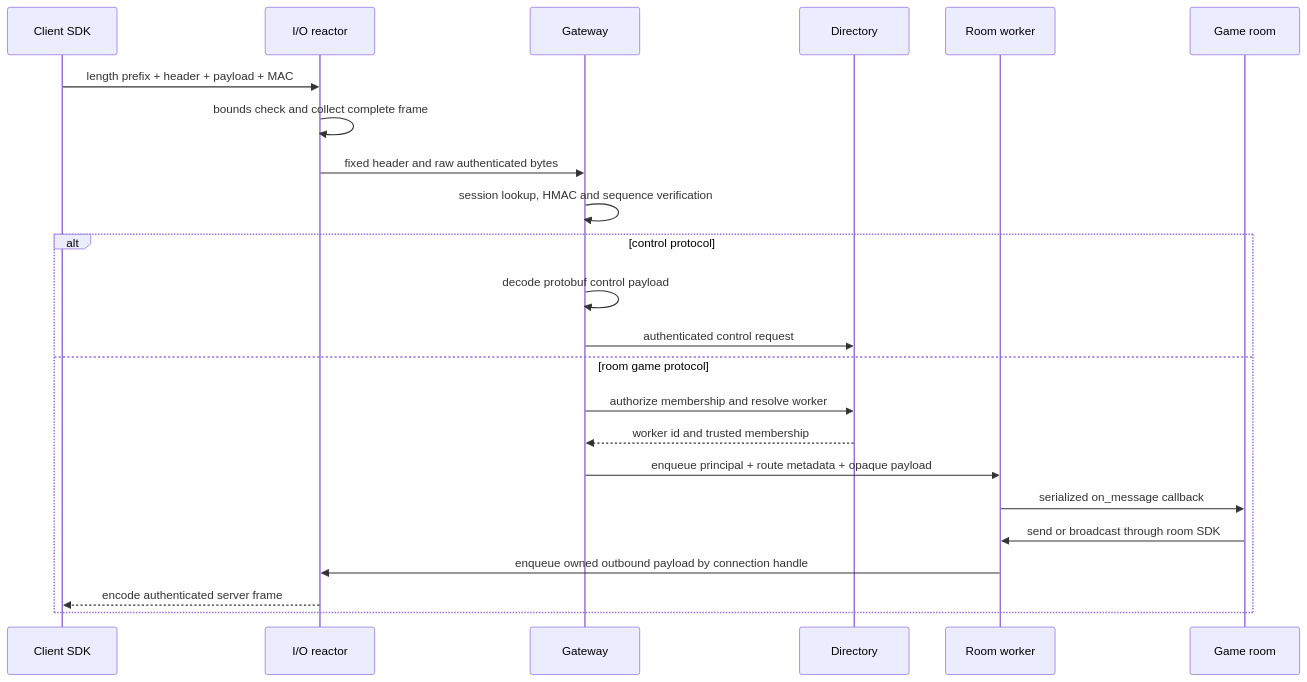
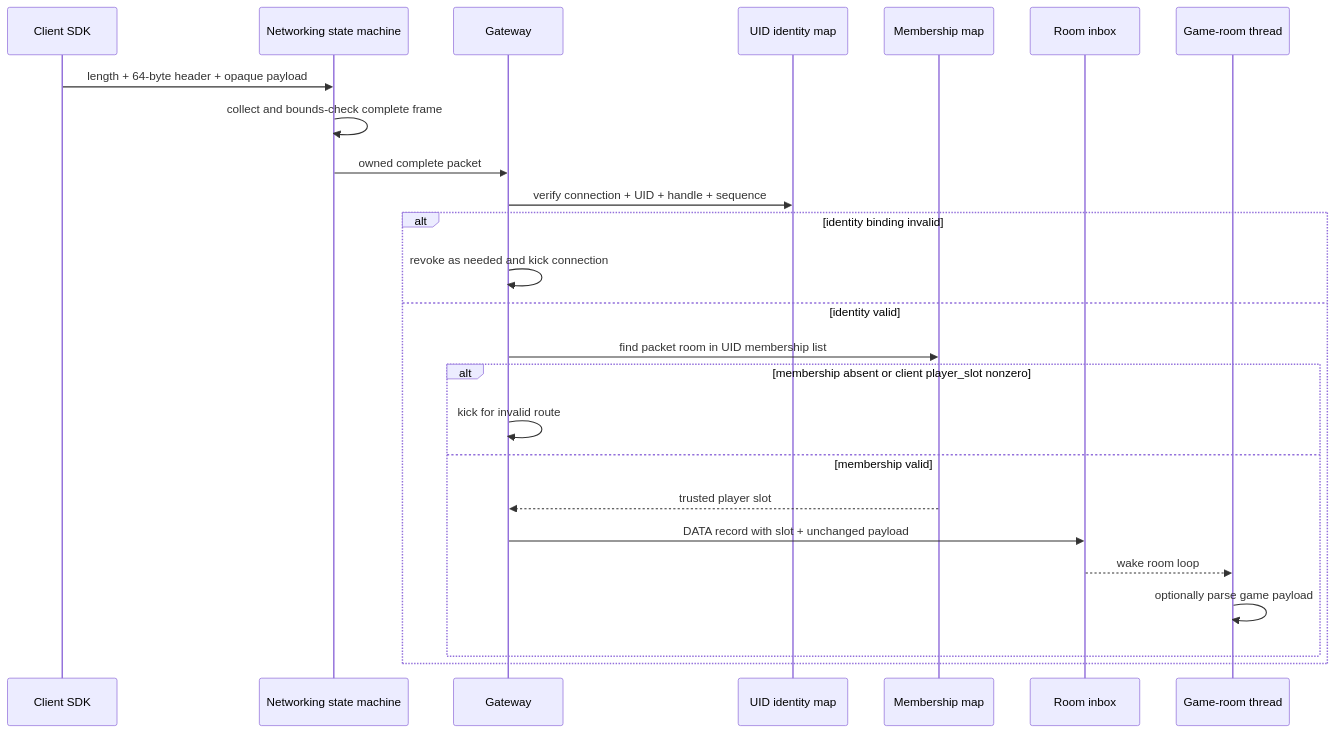
One commit to jeff31415/Tverse changed the second of 5 diagrams in design_drafts/draw_and_guess_c_s/server_arch_and_proto.md. Above: the diagram before and after it, drawn with Mermaid. The commit also changed other lines of this file, not shown here.

Commit message:
docs: freeze server client architecture plan

````diff
--- a/design_drafts/draw_and_guess_c_s/server_arch_and_proto.md
+++ b/design_drafts/draw_and_guess_c_s/server_arch_and_proto.md
@@ -147,26 +568,28 @@
 ```mermaid
 sequenceDiagram
   participant C as Client SDK
-  participant R as I/O reactor
+  participant N as Networking state machine
   participant G as Gateway
-  participant D as Directory
-  participant W as Room worker
-  participant M as Game room
+  participant I as UID identity map
+  participant M as Membership map
+  participant Q as Room inbox
+  participant R as Game-room thread
 
-  C->>R: length prefix + header + payload + MAC
-  R->>R: bounds check and collect complete frame
-  R->>G: fixed header and raw authenticated bytes
-  G->>G: session lookup, HMAC and sequence verification
-  alt control protocol
-    G->>G: decode protobuf control payload
-    G->>D: authenticated control request
-  else room game protocol
-    G->>D: authorize membership and resolve worker
-    D-->>G: worker id and trusted membership
-    G->>W: enqueue principal + route metadata + opaque payload
-    W->>M: serialized on_message callback
-    M->>W: send or broadcast through room SDK
-    W->>R: enqueue owned outbound payload by connection handle
-    R-->>C: encode authenticated server frame
+  C->>N: length + 64-byte header + opaque payload
+  N->>N: collect and bounds-check complete frame
+  N->>G: owned complete packet
+  G->>I: verify connection + UID + handle + sequence
+  alt identity binding invalid
+    G->>G: revoke as needed and kick connection
+  else identity valid
+    G->>M: find packet room in UID membership list
+    alt membership absent or client player_slot nonzero
+      G->>G: kick for invalid route
+    else membership valid
+      M-->>G: trusted player slot
+      G->>Q: DATA record with slot + unchanged payload
+      Q-->>R: wake room loop
+      R->>R: optionally parse game payload
+    end
   end
 ```
````
